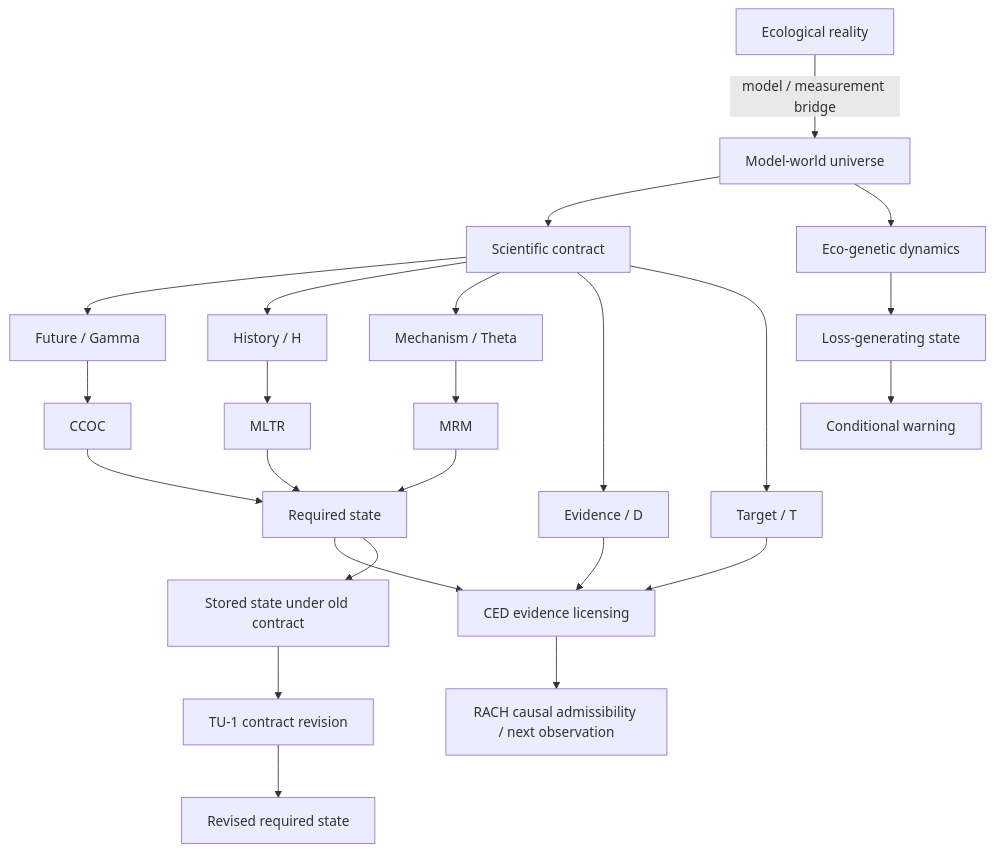
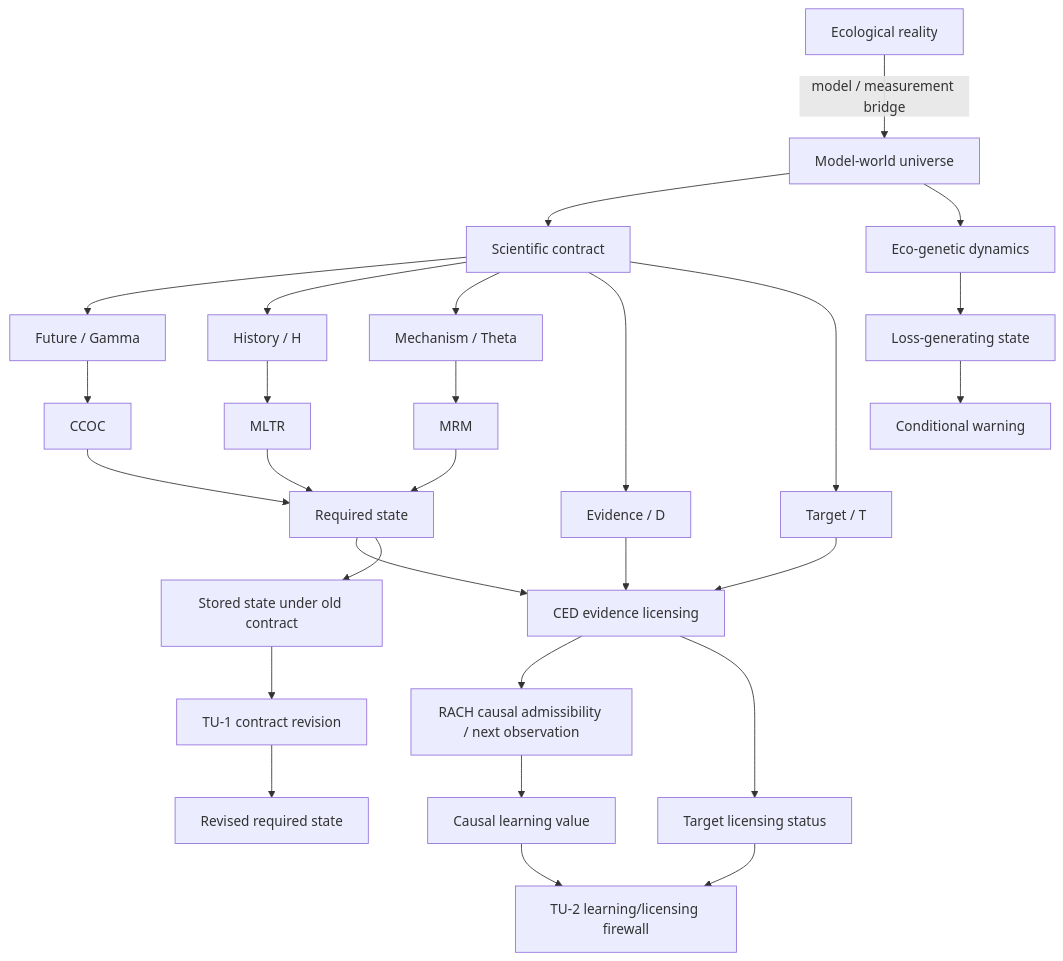
The diagram in README.md (zuizui0223/theouni), drawn with Mermaid before and after one commit. The commit also changed other lines of this file, not shown here.

````diff
--- a/README.md
+++ b/README.md
@@ -25,29 +26,36 @@
 ```mermaid
 flowchart TD
     R[Ecological reality] -->|model / measurement bridge| W[Model-world universe]
     W --> C[Scientific contract]
     C --> G[Future / Gamma]
     C --> H[History / H]
     C --> M[Mechanism / Theta]
     C --> D[Evidence / D]
     C --> T[Target / T]
 
     G --> CCOC[CCOC]
     H --> MLTR[MLTR]
     M --> MRM[MRM]
     CCOC --> J[Required state]
     MLTR --> J
     MRM --> J
+
     J --> CED[CED evidence licensing]
     D --> CED
     T --> CED
 
     CED --> RACH[RACH causal admissibility / next observation]
+    RACH --> LV[Causal learning value]
+    CED --> TL[Target licensing status]
+
     W --> DYN[Eco-genetic dynamics]
     DYN --> LS[Loss-generating state]
     LS --> WARN[Conditional warning]
 
     J --> OLD[Stored state under old contract]
     OLD --> REV[TU-1 contract revision]
     REV --> NEW[Revised required state]
+
+    LV --> SEP[TU-2 learning/licensing firewall]
+    TL --> SEP
 ```
````
